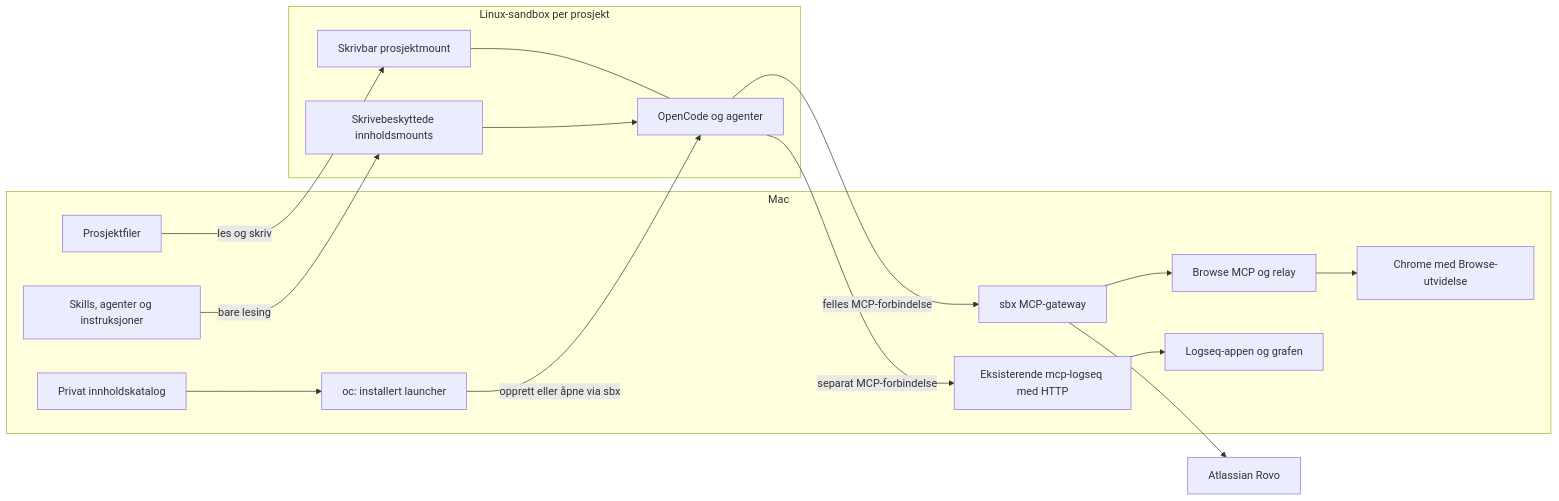
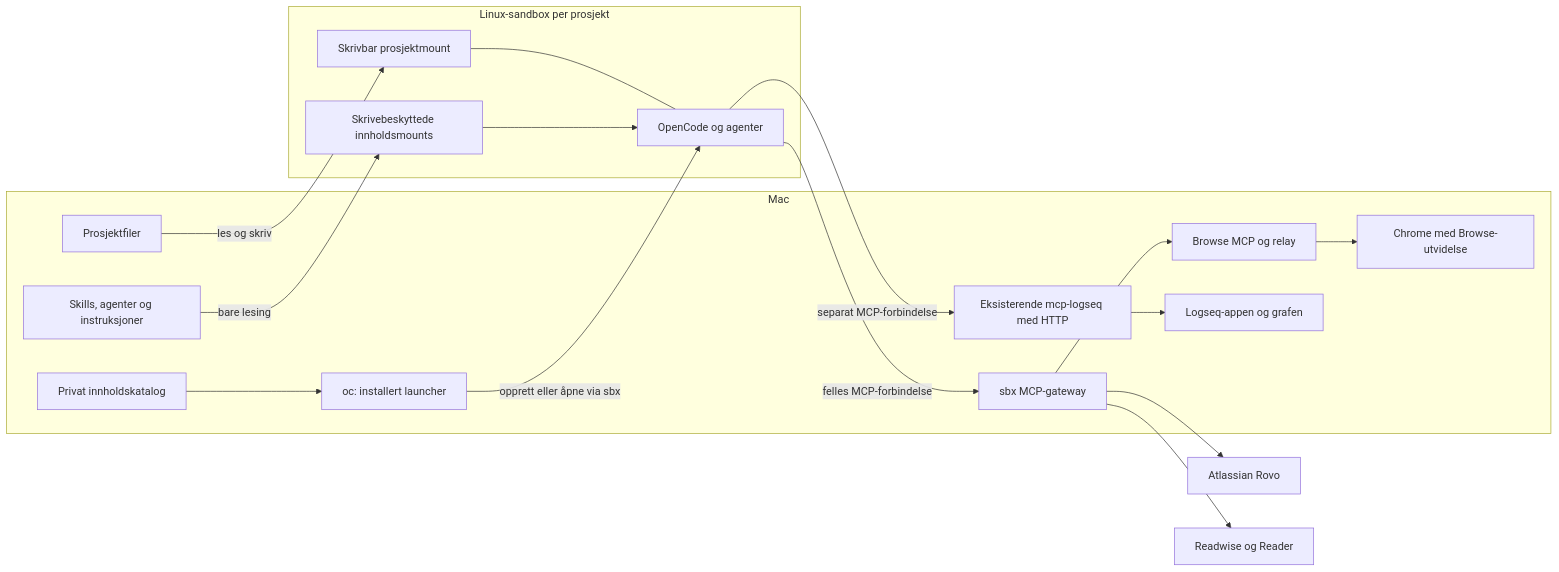
Before and after one commit to nilsml/mac-setup: the first of 3 diagrams in sbx/README.md, drawn with Mermaid. The commit also changed other lines of this file and 1 other file, not shown here.

Commit message:
Dokumenter Fokus med Kimi og felles Readwise-tilgang

````diff
--- a/sbx/README.md
+++ b/sbx/README.md
@@ -18,32 +18,34 @@
 ```mermaid
 flowchart LR
   subgraph mac["Mac"]
     OC["oc: installert launcher"]
     Project["Prosjektfiler"]
     Content["Skills, agenter og instruksjoner"]
     Catalog["Privat innholdskatalog"]
     Gateway["sbx MCP-gateway"]
     Browse["Browse MCP og relay"]
     Chrome["Chrome med Browse-utvidelse"]
     HostLogseq["Eksisterende mcp-logseq med HTTP"]
     Graph["Logseq-appen og grafen"]
   end
   subgraph sandbox["Linux-sandbox per prosjekt"]
     OpenCode["OpenCode og agenter"]
     Workspace["Skrivbar prosjektmount"]
     Mounted["Skrivebeskyttede innholdsmounts"]
   end
   Rovo["Atlassian Rovo"]
+  Readwise["Readwise og Reader"]
   Catalog --> OC
   OC -->|"opprett eller åpne via sbx"| OpenCode
   Project -->|"les og skriv"| Workspace
   Content -->|"bare lesing"| Mounted
   Workspace --- OpenCode
   Mounted --> OpenCode
   OpenCode -->|"felles MCP-forbindelse"| Gateway
   Gateway --> Browse
   Browse --> Chrome
   Gateway --> Rovo
+  Gateway --> Readwise
   OpenCode -->|"separat MCP-forbindelse"| HostLogseq
   HostLogseq --> Graph
 ```
````
